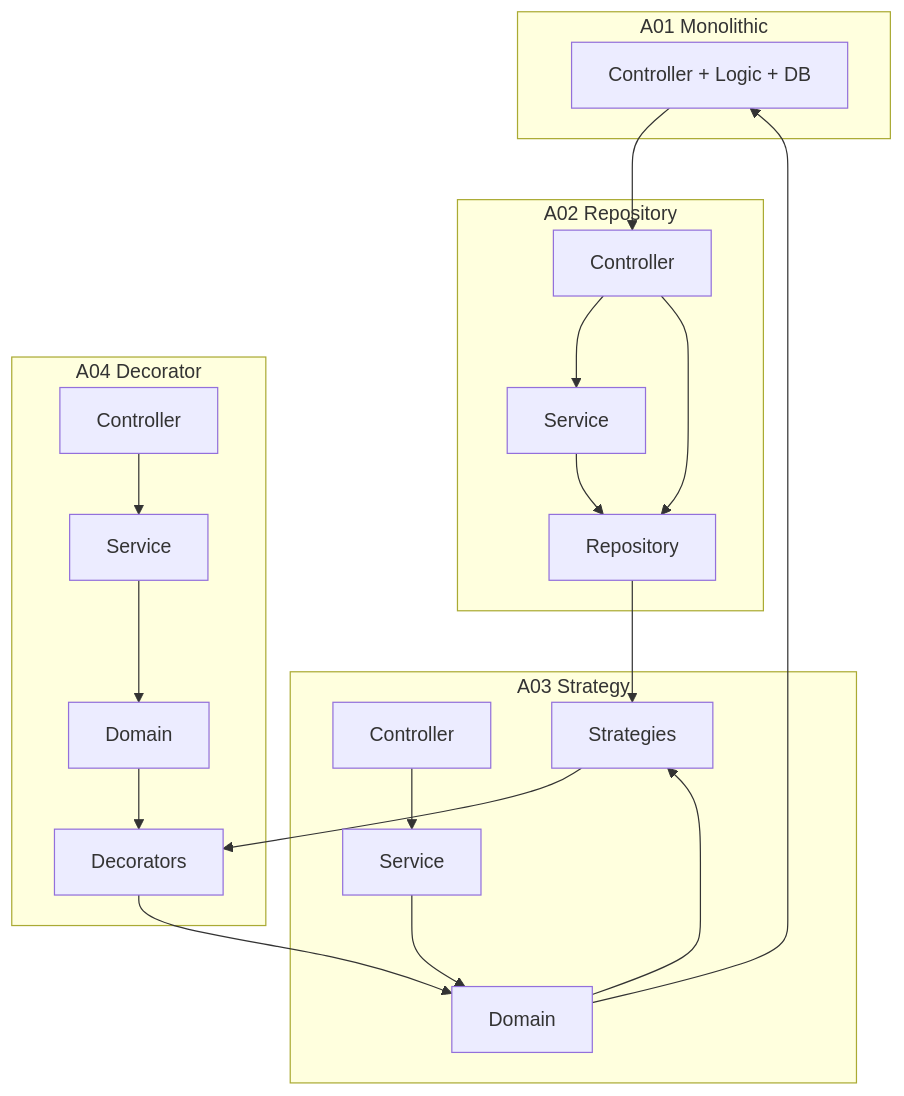
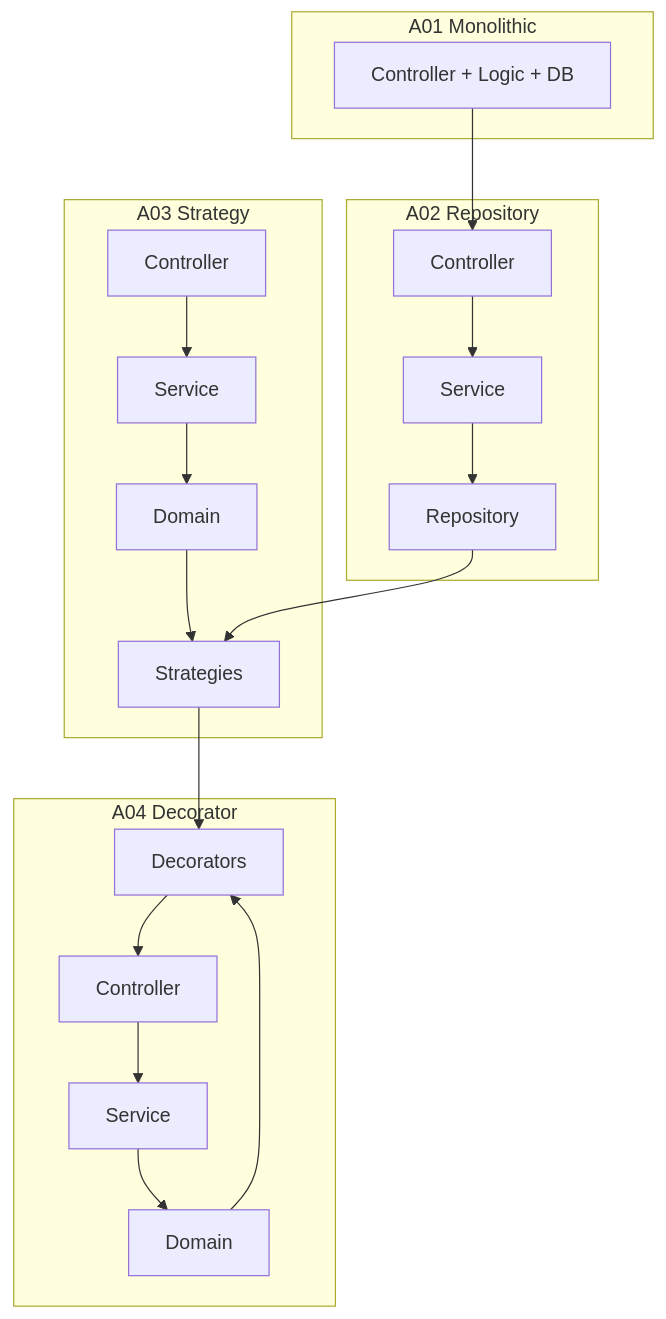
The sixth of 6 diagrams in README.md (MMoza/reservations), drawn with Mermaid before and after one commit.

Commit message:
fix: flowchart evolution

````diff
--- a/README.md
+++ b/README.md
@@ -552,42 +552,40 @@
 ```mermaid
 flowchart TD
 
     %% Top Row
     subgraph A01 Monolithic
         M1["Controller + Logic + DB"]
     end
 
     subgraph A02 Repository
         C2[Controller]
         S2[Service]
         R2[Repository]
         C2 --> S2 --> R2
     end
 
     %% Bottom Row
     subgraph A03 Strategy
         C3[Controller]
         S3[Service]
         D3[Domain]
         ST3[Strategies]
         C3 --> S3 --> D3 --> ST3
     end
 
     subgraph A04 Decorator
         C4[Controller]
         S4[Service]
         D4[Domain]
         DE4[Decorators]
         C4 --> S4 --> D4 --> DE4
     end
 
     %% Layout connections (square shape)
     M1 --> C2
-    C2 --> R2
 
     R2 --> ST3
     ST3 --> DE4
 
-    DE4 --> D3
-    D3 --> M1
+    DE4 --> C4
 ```
````
